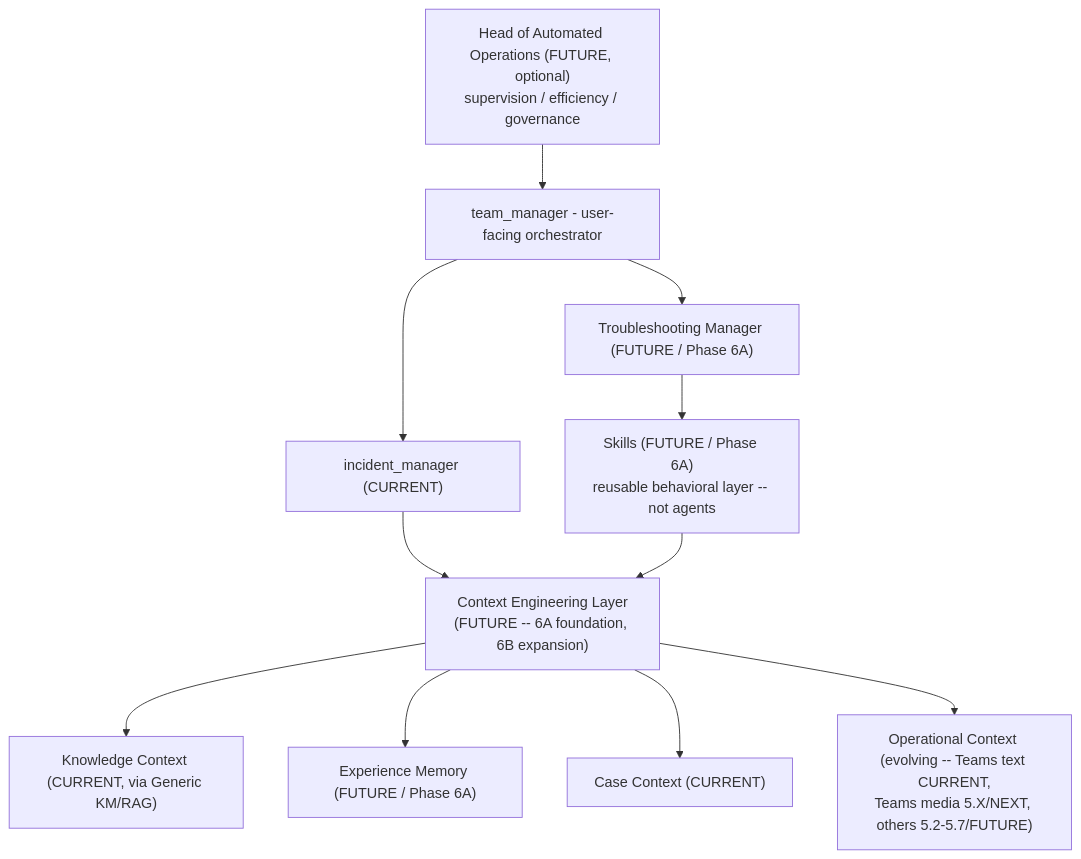
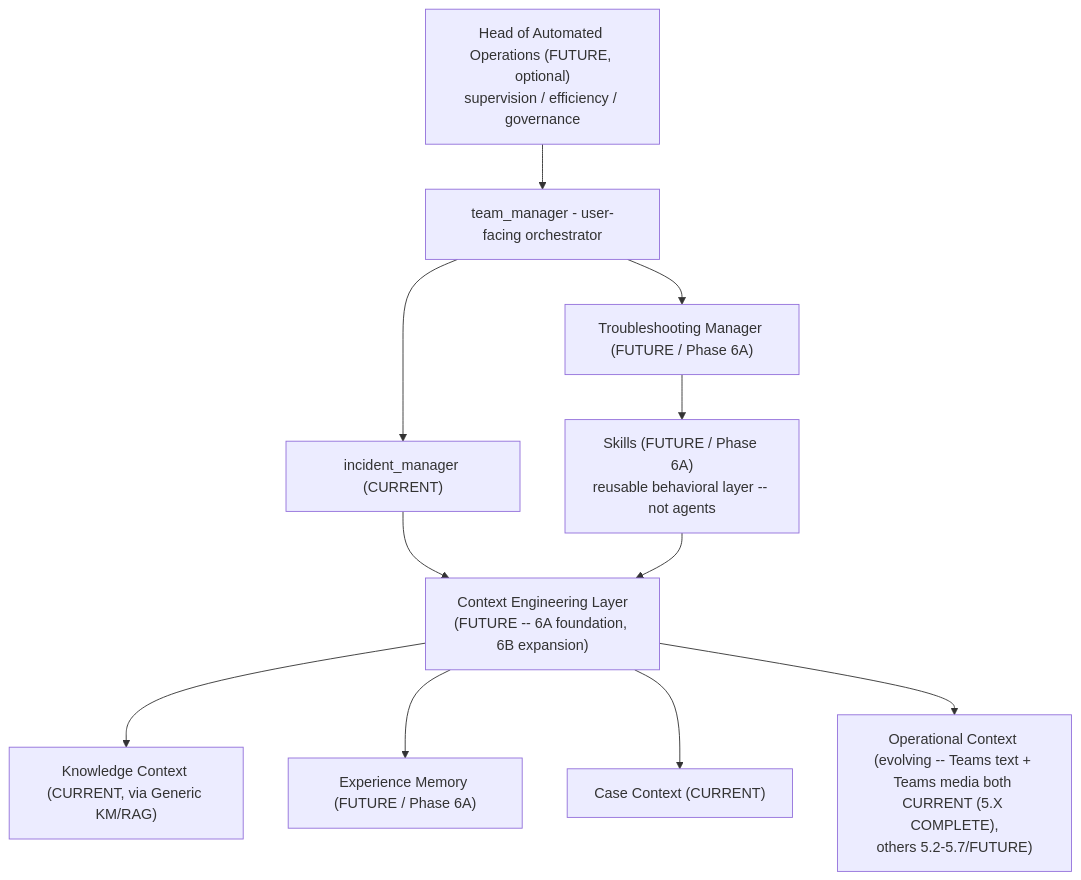
One commit to drak0niii/SLOPANOC changed the second of 2 diagrams in docs/AGENT_CONTRACT.md. Above: the diagram before and after it, drawn with Mermaid. The commit also changed other lines of this file and 7 other files, not shown here.

Commit message:
docs: establish canonical roadmap and defect governance

````diff
--- a/docs/AGENT_CONTRACT.md
+++ b/docs/AGENT_CONTRACT.md
@@ -73,13 +73,13 @@
 ```mermaid
 flowchart TD
     HOO["Head of Automated Operations (FUTURE, optional)<br/>supervision / efficiency / governance"] --> TM[team_manager - user-facing orchestrator]
     TM --> IM["incident_manager (CURRENT)"]
     TM --> TSM["Troubleshooting Manager (FUTURE / Phase 6A)"]
     TSM --> SK["Skills (FUTURE / Phase 6A)<br/>reusable behavioral layer -- not agents"]
     IM --> CEL["Context Engineering Layer<br/>(FUTURE -- 6A foundation, 6B expansion)"]
     SK --> CEL
     CEL --> KC["Knowledge Context (CURRENT, via Generic KM/RAG)"]
     CEL --> EM["Experience Memory (FUTURE / Phase 6A)"]
     CEL --> CC["Case Context (CURRENT)"]
-    CEL --> OC["Operational Context (evolving -- Teams text CURRENT,<br/>Teams media 5.X/NEXT, others 5.2-5.7/FUTURE)"]
+    CEL --> OC["Operational Context (evolving -- Teams text + Teams media both CURRENT (5.X COMPLETE),<br/>others 5.2-5.7/FUTURE)"]
 ```
````
